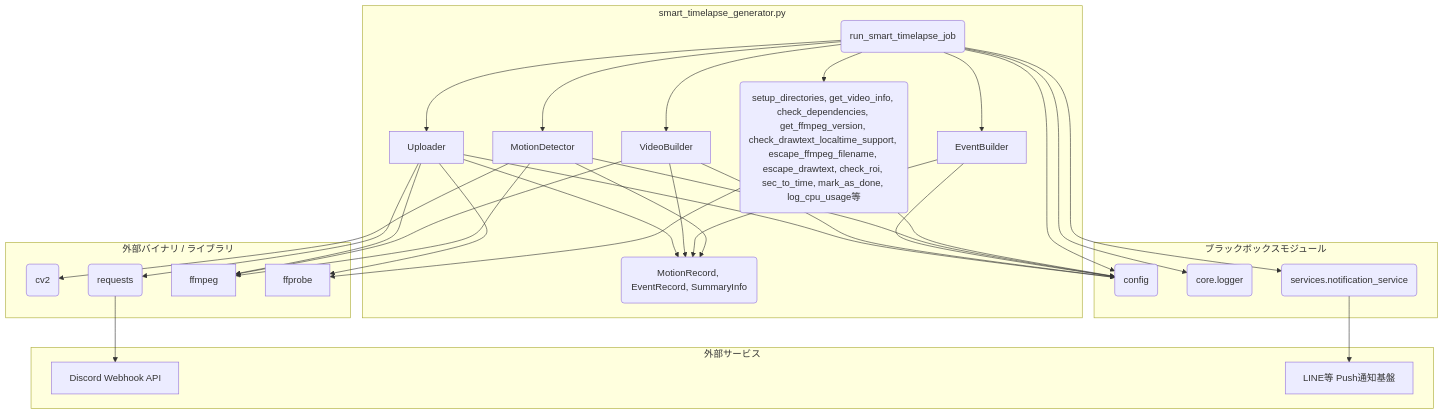
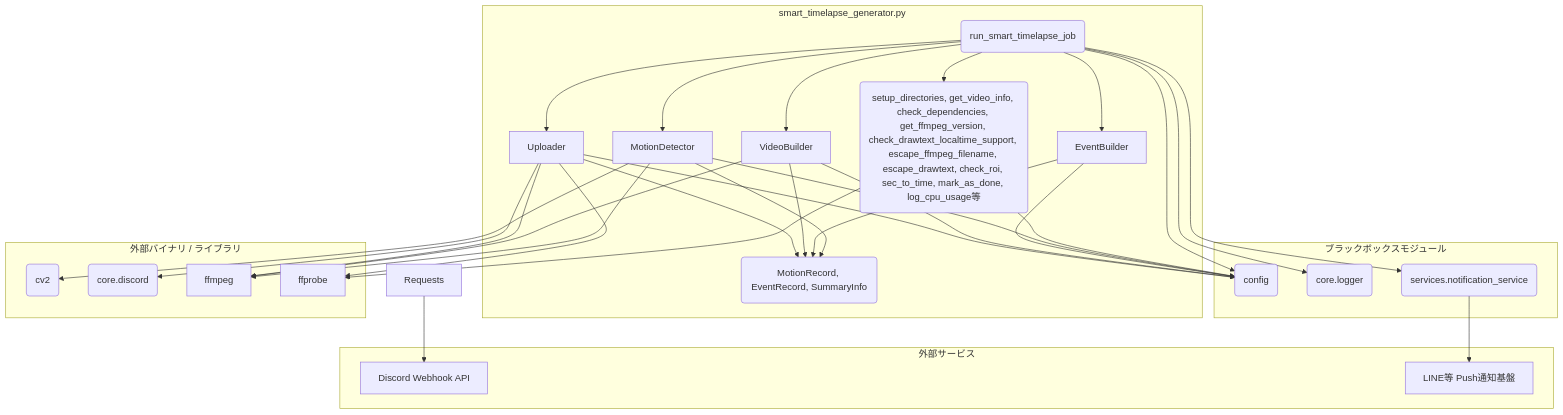
One commit to mmtigers/my_python_project changed the second of 2 diagrams in docs/specifications/MY_HOME_SYSTEM/smart_timelapse_generator.md. Above: the diagram before and after it, drawn with Mermaid. The commit also changed other lines of this file and 7 other files, not shown here.

First line of the commit message:
Discord送信の残り2系統を core/discord.py へ統合する (#661) (#695)

````diff
--- a/docs/specifications/MY_HOME_SYSTEM/smart_timelapse_generator.md
+++ b/docs/specifications/MY_HOME_SYSTEM/smart_timelapse_generator.md
@@ -693,64 +710,64 @@
 ```mermaid
 graph TD
     subgraph "smart_timelapse_generator.py"
         Main(run_smart_timelapse_job)
         MotionDetector
         EventBuilder
         VideoBuilder
         Uploader
         Utils(setup_directories, get_video_info, check_dependencies, get_ffmpeg_version, check_drawtext_localtime_support, escape_ffmpeg_filename, escape_drawtext, check_roi, sec_to_time, mark_as_done, log_cpu_usage等)
         DataClasses(MotionRecord, EventRecord, SummaryInfo)
     end
     
     subgraph "ブラックボックスモジュール"
         Config(config)
         Logger(core.logger)
         Notify(services.notification_service)
     end
     
     subgraph "外部バイナリ / ライブラリ"
         OpenCV(cv2)
-        Requests(requests)
+        CoreDiscord(core.discord)
         FFmpeg[ffmpeg]
         FFprobe[ffprobe]
     end
     
     subgraph "外部サービス"
         Discord[Discord Webhook API]
         Line[LINE等 Push通知基盤]
     end
 
     Main --> Config
     Main --> Logger
     Main --> Notify
     Main --> Utils
     Main --> MotionDetector
     Main --> EventBuilder
     Main --> VideoBuilder
     Main --> Uploader
     
     Utils --> FFprobe
     Utils --> Config
     
     MotionDetector --> FFmpeg
     MotionDetector --> OpenCV
     MotionDetector --> Config
     MotionDetector --> DataClasses
     
     EventBuilder --> Config
     EventBuilder --> DataClasses
     VideoBuilder --> DataClasses
     Uploader --> DataClasses
     
     VideoBuilder --> FFmpeg
     VideoBuilder --> Config
     
     Uploader --> FFprobe
     Uploader --> FFmpeg
-    Uploader --> Requests
+    Uploader --> CoreDiscord
     Uploader --> Config
     
     Requests --> Discord
     Notify --> Line
 
 ```
````
